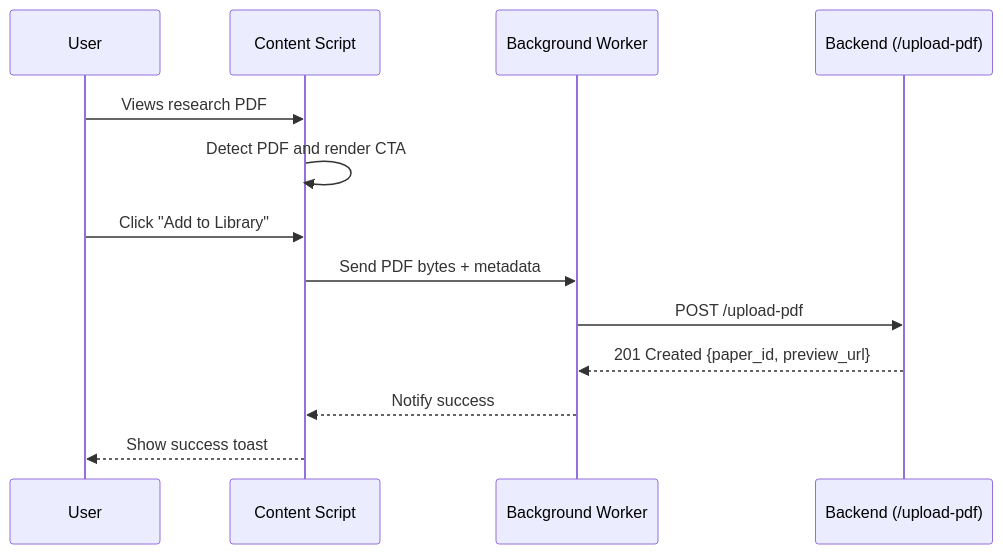
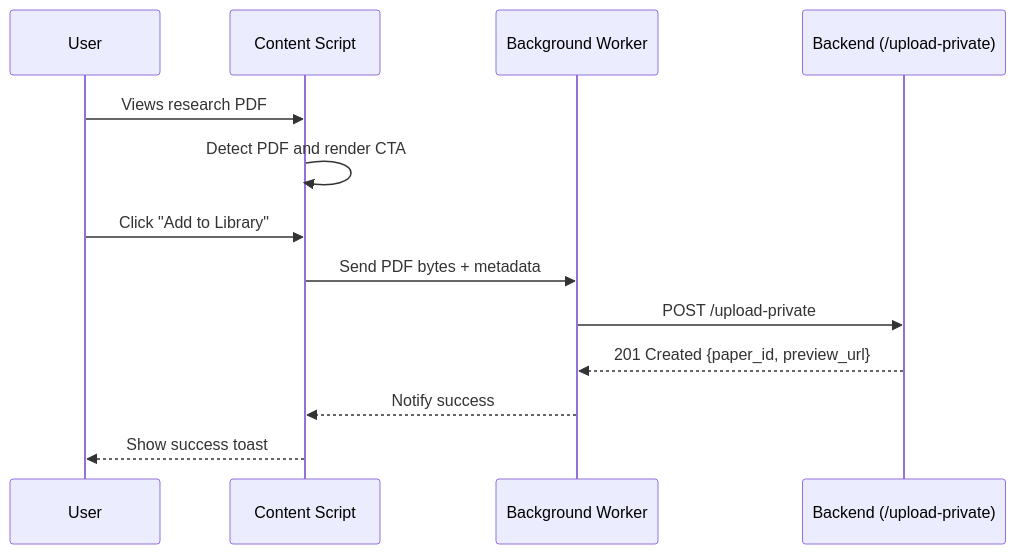
The diagram in extension/AGENTS.md (Kevin-Liu-01/sevenfold-research-app), drawn with Mermaid before and after one commit. The commit also changed other lines of this file and 7 other files, not shown here.

````diff
--- a/extension/AGENTS.md
+++ b/extension/AGENTS.md
@@ -17,16 +17,16 @@
 ```mermaid
 sequenceDiagram
     participant U as User
     participant CS as Content Script
     participant BG as Background Worker
-    participant API as Backend (/upload-pdf)
+    participant API as Backend (/upload-private)
 
     U->>CS: Views research PDF
     CS->>CS: Detect PDF and render CTA
     U->>CS: Click "Add to Library"
     CS->>BG: Send PDF bytes + metadata
-    BG->>API: POST /upload-pdf
+    BG->>API: POST /upload-private
     API-->>BG: 201 Created {paper_id, preview_url}
     BG-->>CS: Notify success
     CS-->>U: Show success toast
 ```
````
